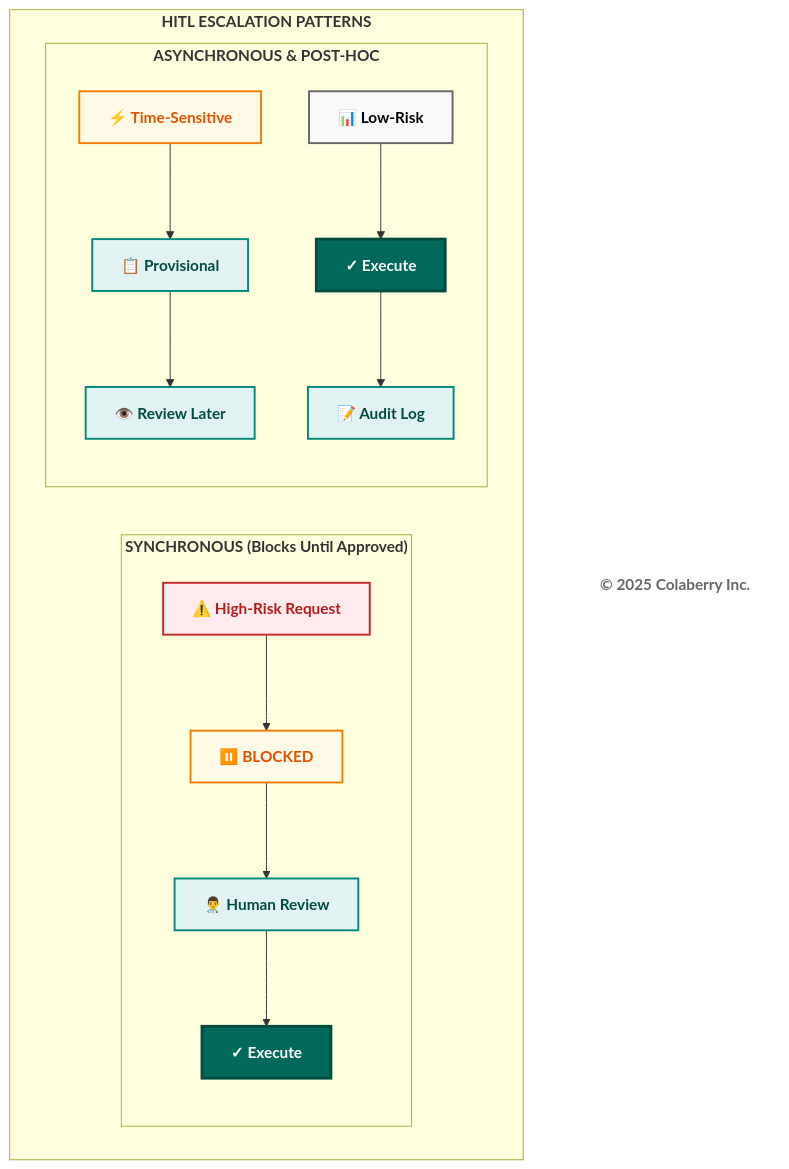
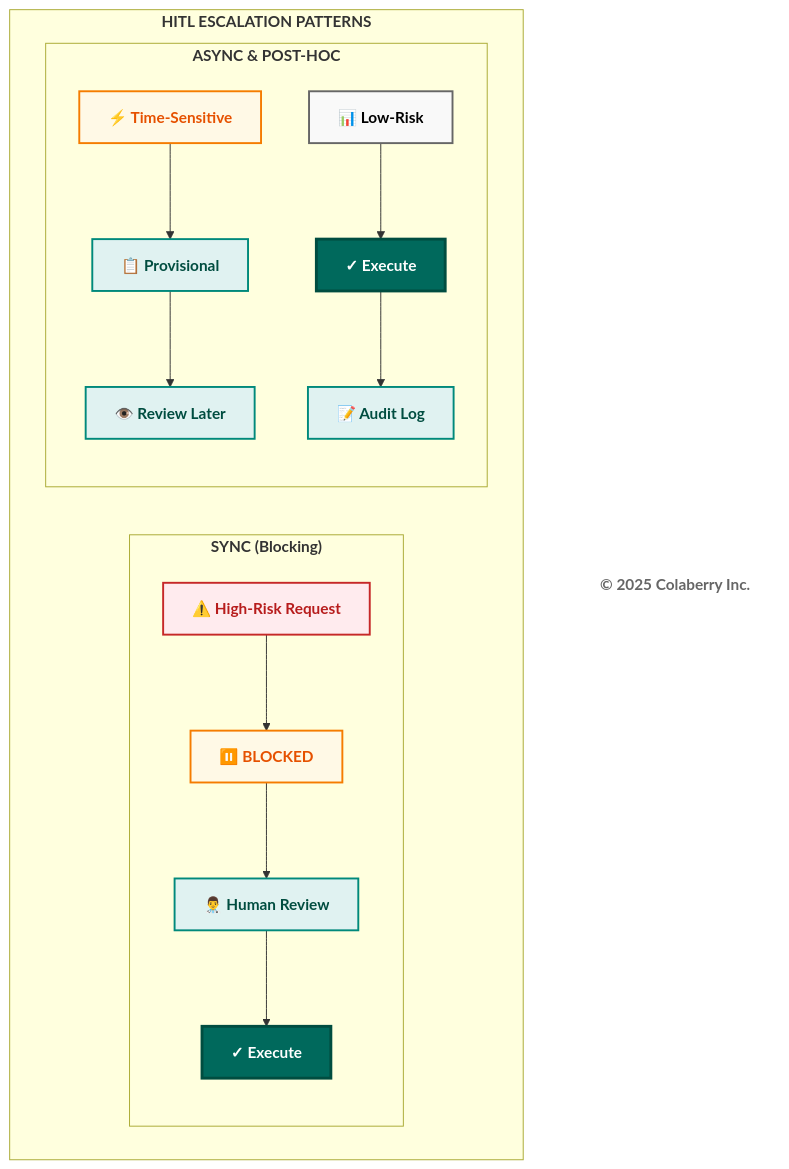
Before and after one commit to saitejesh-cyber/trust-before-intelligence-book: the fifth of 13 diagrams in manuscript/chapter_6_transparency_orchestration_layers_v1_8.md, drawn with Mermaid.

Commit message:
updated chapter 6 diagrams
updated chapter 6 diagrams

````diff
--- a/manuscript/chapter_6_transparency_orchestration_layers_v1_8.md
+++ b/manuscript/chapter_6_transparency_orchestration_layers_v1_8.md
@@ -431,38 +431,38 @@
 ```mermaid
 graph TB
     subgraph "<b>HITL ESCALATION PATTERNS</b>"
-        subgraph "<b>SYNCHRONOUS (Blocks Until Approved)</b>"
+        subgraph "<b>SYNC (Blocking)</b>"
             S1["<b>⚠️ High-Risk Request</b>"]
             S2["<b>⏸️ BLOCKED</b>"]
             S3["<b>👨‍⚕️ Human Review</b>"]
             S4["<b>✓ Execute</b>"]
         end
         
-        subgraph "<b>ASYNCHRONOUS & POST-HOC</b>"
+        subgraph "<b>ASYNC & POST-HOC</b>"
             A1["<b>⚡ Time-Sensitive</b>"]
             A2["<b>📋 Provisional</b>"]
             A3["<b>👁️ Review Later</b>"]
             P1["<b>📊 Low-Risk</b>"]
             P2["<b>✓ Execute</b>"]
             P3["<b>📝 Audit Log</b>"]
         end
     end
     
     Copyright["<b>© 2025 Colaberry Inc.</b>"]
     
     S1 --> S2 --> S3 --> S4
     A1 --> A2 --> A3
     P1 --> P2 --> P3
     
     style S1 fill:#ffebee,stroke:#c62828,stroke-width:2px,color:#b71c1c
     style S2 fill:#fff9e6,stroke:#f57c00,stroke-width:2px,color:#e65100
     style S3 fill:#e0f2f1,stroke:#00897b,stroke-width:2px,color:#004d40
     style S4 fill:#00695c,color:#ffffff,stroke:#004d40,stroke-width:3px
     style A1 fill:#fff9e6,stroke:#f57c00,stroke-width:2px,color:#e65100
     style A2 fill:#e0f2f1,stroke:#00897b,stroke-width:2px,color:#004d40
     style A3 fill:#e0f2f1,stroke:#00897b,stroke-width:2px,color:#004d40
     style P1 fill:#f9f9f9,stroke:#666666,stroke-width:2px,color:#000000
     style P2 fill:#00695c,color:#ffffff,stroke:#004d40,stroke-width:3px
     style P3 fill:#e0f2f1,stroke:#00897b,stroke-width:2px,color:#004d40
     style Copyright fill:#ffffff,stroke:none,color:#666666
 ```
````
